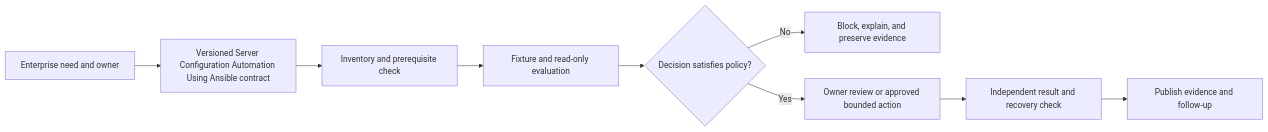
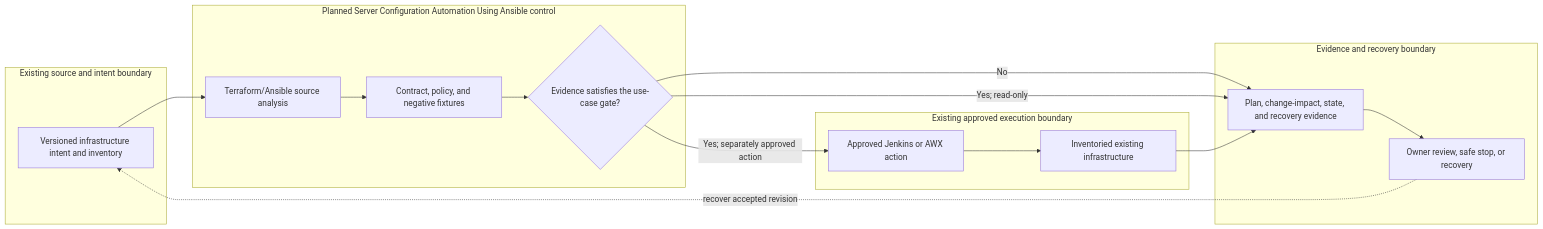
One commit to MIDHTECH/enterprise-architecture-docs changed the diagram in docs/use-cases/infrastructure/UC-INFRA-005-server-configuration-automation-using-ansible.md. Above: the diagram before and after it, drawn with Mermaid. The commit also changed other lines of this file and 227 other files, not shown here.

Commit message:
Deepen architecture for all use case designs

````diff
--- a/docs/use-cases/infrastructure/UC-INFRA-005-server-configuration-automation-using-ansible.md
+++ b/docs/use-cases/infrastructure/UC-INFRA-005-server-configuration-automation-using-ansible.md
@@ -136,11 +129,25 @@
 ```mermaid
 flowchart LR
-    Need["Enterprise need and owner"] --> Contract["Versioned Server Configuration Automation Using Ansible contract"]
-    Contract --> Preflight["Inventory and prerequisite check"]
-    Preflight --> Evaluate["Fixture and read-only evaluation"]
-    Evaluate --> Decision{"Decision satisfies policy?"}
-    Decision -->|No| Stop["Block, explain, and preserve evidence"]
-    Decision -->|Yes| Review["Owner review or approved bounded action"]
-    Review --> Verify["Independent result and recovery check"]
-    Verify --> Publish["Publish evidence and follow-up"]
+    subgraph Source["Existing source and intent boundary"]
+        A["Versioned infrastructure intent and inventory"]
+    end
+    subgraph Planned["Planned Server Configuration Automation Using Ansible control"]
+        B["Terraform/Ansible source analysis"]
+        C["Contract, policy, and negative fixtures"]
+        D{"Evidence satisfies the use-case gate?"}
+    end
+    subgraph Runtime["Existing approved execution boundary"]
+        E["Approved Jenkins or AWX action"]
+        F["Inventoried existing infrastructure"]
+    end
+    subgraph Assurance["Evidence and recovery boundary"]
+        G["Plan, change-impact, state, and recovery evidence"]
+        H["Owner review, safe stop, or recovery"]
+    end
+
+    A --> B --> C --> D
+    D -->|No| G --> H
+    D -->|Yes; read-only| G
+    D -->|Yes; separately approved action| E --> F --> G
+    H -. recover accepted revision .-> A
 ```
````
